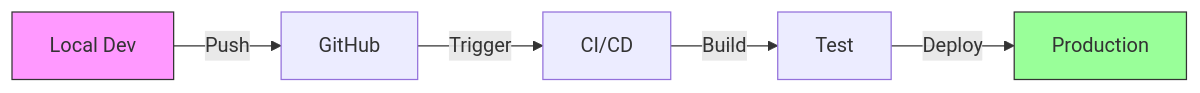
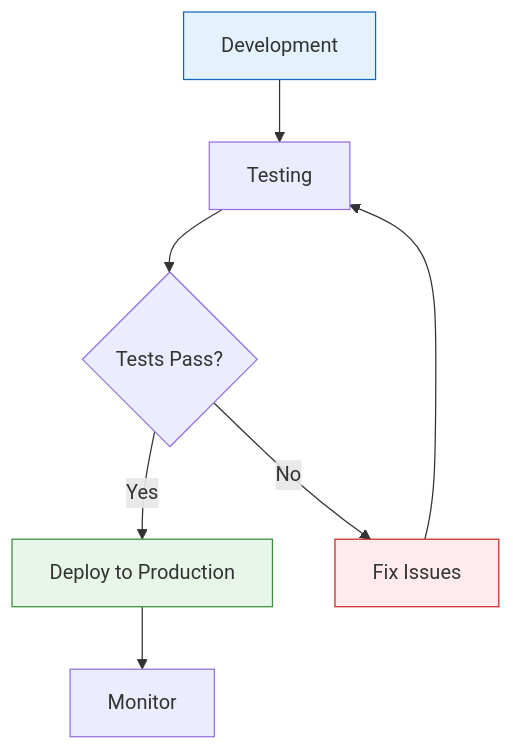
Before and after one commit to fanani-radian/openclaw-sumopod: the diagram in docs/auto-generated/deploying-and-publishing-with-openclaw-2026-03-15.md, drawn with Mermaid. The commit also changed other lines of this file and 3 other files, not shown here.

First line of the commit message:
auto: Generate tutorials with improved Mermaid diagrams - March 15, 2026

````diff
--- a/docs/auto-generated/deploying-and-publishing-with-openclaw-2026-03-15.md
+++ b/docs/auto-generated/deploying-and-publishing-with-openclaw-2026-03-15.md
@@ -37,10 +37,13 @@
 ```mermaid
-flowchart LR
-    A[Local Dev] -->|Push| B[GitHub]
-    B -->|Trigger| C[CI/CD]
-    C -->|Build| D[Test]
-    D -->|Deploy| E[Production]
+flowchart TD
+    A["Development"] --> B["Testing"]
+    B --> C{"Tests Pass?"}
+    C -->|Yes| D["Deploy to Production"]
+    C -->|No| E["Fix Issues"]
+    E --> B
+    D --> F["Monitor"]
     
-    style A fill:#f9f,stroke:#333
-    style E fill:#9f9,stroke:#333
+    style A fill:#e3f2fd,stroke:#1565c0
+    style D fill:#e8f5e9,stroke:#388e3c
+    style E fill:#ffebee,stroke:#c62828
 ```
````
